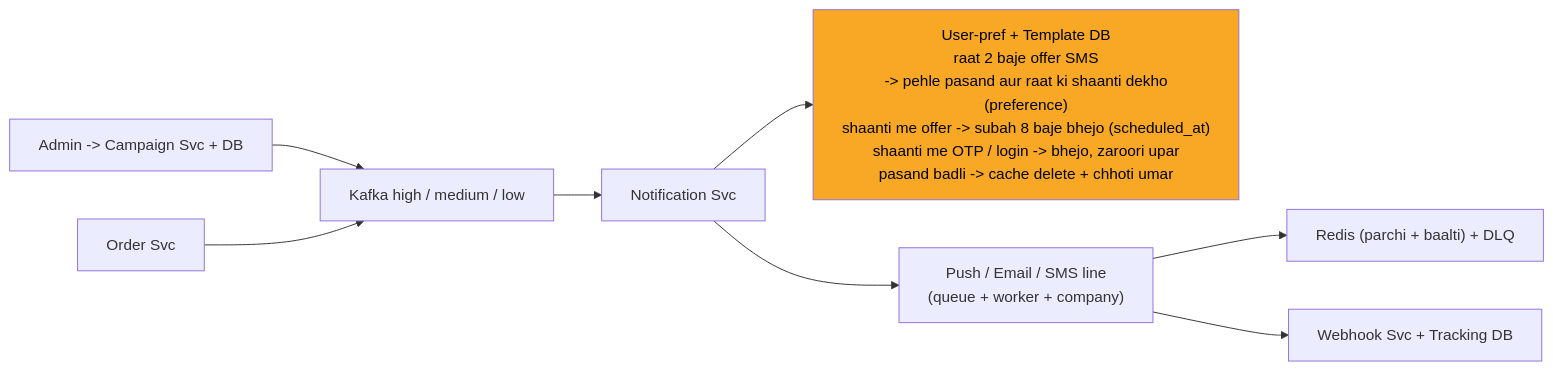
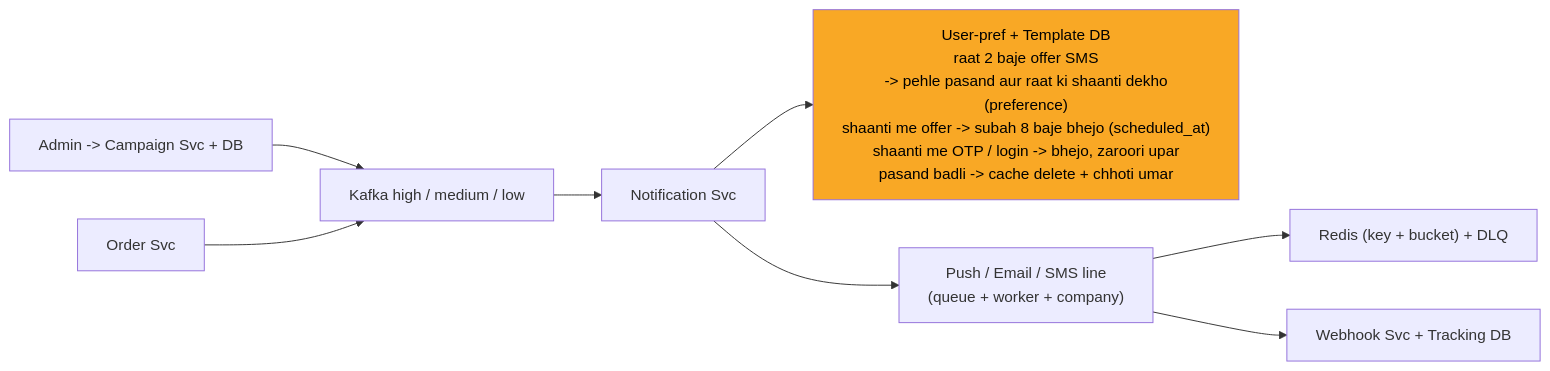
Diagram 12 of 13 in 04_HLD/SYSTEM_DESIGNS/04_notification_system/04_notification_system.md (ArpanMaheshwari144/Prep), drawn with Mermaid before and after one commit. The commit also changed other lines of this file and 12 other files, not shown here.

Commit message:
hld 14 file: upma hatayi (thaila/parchi/taar/diary/ghadi/baalti/fuse/register) -> seedha technical shabd

````diff
--- a/04_HLD/SYSTEM_DESIGNS/04_notification_system/04_notification_system.md
+++ b/04_HLD/SYSTEM_DESIGNS/04_notification_system/04_notification_system.md
@@ -482,20 +482,20 @@
 ```mermaid
 %%{init: {"flowchart": {"wrappingWidth": 450}}}%%
 flowchart LR
     n_CAMP["Admin -> Campaign Svc + DB"]
     n_Order_Svc["Order Svc"]
     n_Kafka["Kafka high / medium / low"]
     n_Notification_Svc["Notification Svc"]
     n_PREF["User-pref + Template DB<br/>raat 2 baje offer SMS<br/>-> pehle pasand aur raat ki shaanti dekho<br/>(preference)<br/>shaanti me offer -> subah 8 baje bhejo (scheduled_at)<br/>shaanti me OTP / login -> bhejo, zaroori upar<br/>pasand badli -> cache delete + chhoti umar"]
     n_LINES["Push / Email / SMS line<br/>(queue + worker + company)"]
-    n_RDLQ["Redis (parchi + baalti) + DLQ"]
+    n_RDLQ["Redis (key + bucket) + DLQ"]
     n_WH["Webhook Svc + Tracking DB"]
     n_CAMP --> n_Kafka
     n_Order_Svc --> n_Kafka
     n_Kafka --> n_Notification_Svc
     n_Notification_Svc --> n_PREF
     n_Notification_Svc --> n_LINES
     n_LINES --> n_RDLQ
     n_LINES --> n_WH
     style n_PREF fill:#f9a825,color:#000
 ```
````
